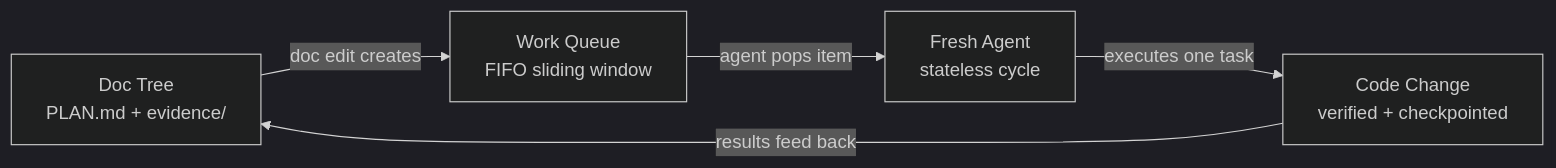
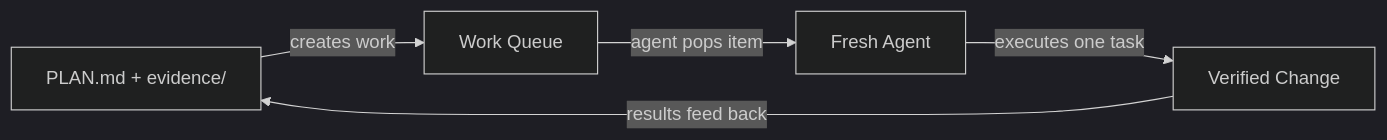
The diagram in README.md (leojkwan/vidux), drawn with Mermaid (dark theme) before and after one commit. The commit also changed other lines of this file and 1 other file, not shown here.

````diff
--- a/README.md
+++ b/README.md
@@ -12,12 +42,12 @@
 ```mermaid
 flowchart LR
-    DOC[Doc Tree<br/>PLAN.md + evidence/]
-    QUEUE[Work Queue<br/>FIFO sliding window]
-    AGENT[Fresh Agent<br/>stateless cycle]
-    CODE[Code Change<br/>verified + checkpointed]
+    DOC[PLAN.md + evidence/]
+    QUEUE[Work Queue]
+    AGENT[Fresh Agent]
+    CODE[Verified Change]
 
-    DOC -->|doc edit creates| QUEUE
+    DOC -->|creates work| QUEUE
     QUEUE -->|agent pops item| AGENT
     AGENT -->|executes one task| CODE
     CODE -->|results feed back| DOC
 ```
````
